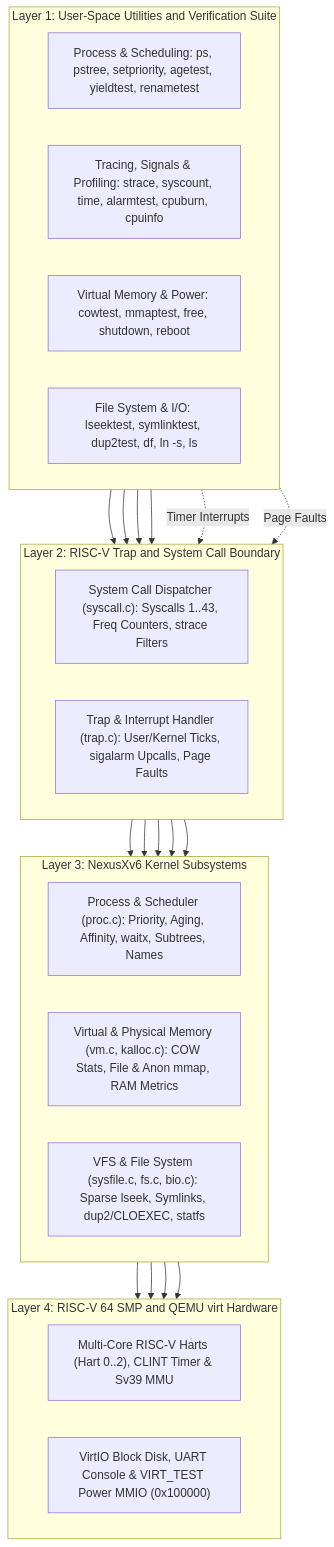
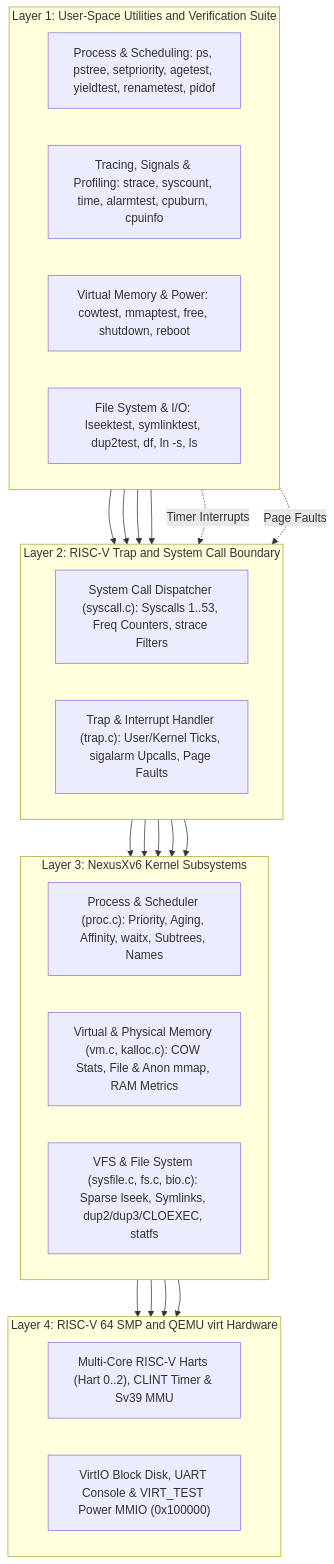
One commit to asbahkhan67-ctrl/xv6-riscv changed the first of 21 diagrams in README.md. Above: the diagram before and after it, drawn with Mermaid. The commit also changed other lines of this file and 42 other files, not shown here.

````diff
--- a/README.md
+++ b/README.md
@@ -141,49 +159,49 @@
 ```mermaid
 flowchart TD
     subgraph L1["Layer 1: User-Space Utilities and Verification Suite"]
         direction LR
-        U_PROC["Process & Scheduling: ps, pstree, setpriority, agetest, yieldtest, renametest"]
+        U_PROC["Process & Scheduling: ps, pstree, setpriority, agetest, yieldtest, renametest, pidof"]
         U_PROF["Tracing, Signals & Profiling: strace, syscount, time, alarmtest, cpuburn, cpuinfo"]
         U_MEM["Virtual Memory & Power: cowtest, mmaptest, free, shutdown, reboot"]
         U_FS["File System & I/O: lseektest, symlinktest, dup2test, df, ln -s, ls"]
     end
 
     subgraph L2["Layer 2: RISC-V Trap and System Call Boundary"]
         direction LR
-        SYSC["System Call Dispatcher (syscall.c): Syscalls 1..43, Freq Counters, strace Filters"]
+        SYSC["System Call Dispatcher (syscall.c): Syscalls 1..53, Freq Counters, strace Filters"]
         TRAP["Trap & Interrupt Handler (trap.c): User/Kernel Ticks, sigalarm Upcalls, Page Faults"]
     end
 
     subgraph L3["Layer 3: NexusXv6 Kernel Subsystems"]
         direction LR
         K_PROC["Process & Scheduler (proc.c): Priority, Aging, Affinity, waitx, Subtrees, Names"]
         K_VM["Virtual & Physical Memory (vm.c, kalloc.c): COW Stats, File & Anon mmap, RAM Metrics"]
-        K_FS["VFS & File System (sysfile.c, fs.c, bio.c): Sparse lseek, Symlinks, dup2/CLOEXEC, statfs"]
+        K_FS["VFS & File System (sysfile.c, fs.c, bio.c): Sparse lseek, Symlinks, dup2/dup3/CLOEXEC, statfs"]
     end
 
     subgraph L4["Layer 4: RISC-V 64 SMP and QEMU virt Hardware"]
         direction LR
         HW_CPU["Multi-Core RISC-V Harts (Hart 0..2), CLINT Timer & Sv39 MMU"]
         HW_DEV["VirtIO Block Disk, UART Console & VIRT_TEST Power MMIO (0x100000)"]
     end
 
     U_PROC --> SYSC
     U_PROF --> SYSC
     U_MEM --> SYSC
     U_FS --> SYSC
 
     U_PROF -. "Timer Interrupts" .-> TRAP
     U_MEM -. "Page Faults" .-> TRAP
 
     SYSC --> K_PROC
     SYSC --> K_VM
     SYSC --> K_FS
 
     TRAP --> K_PROC
     TRAP --> K_VM
 
     K_PROC --> HW_CPU
     K_VM --> HW_CPU
     K_VM --> HW_DEV
     K_FS --> HW_DEV
 ```
````
